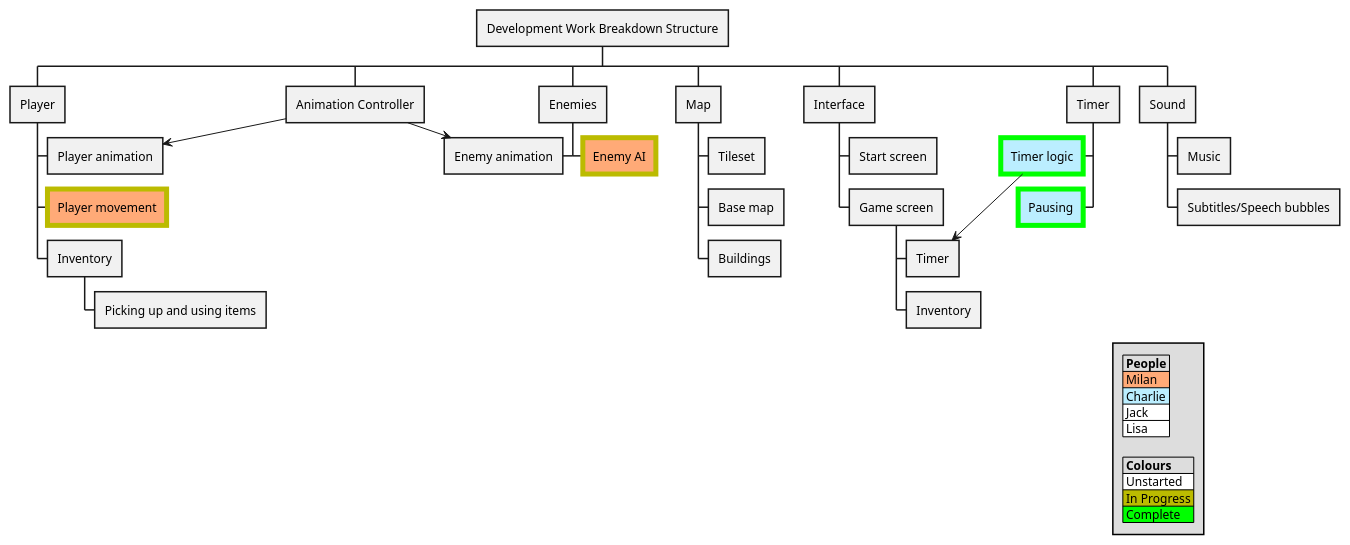
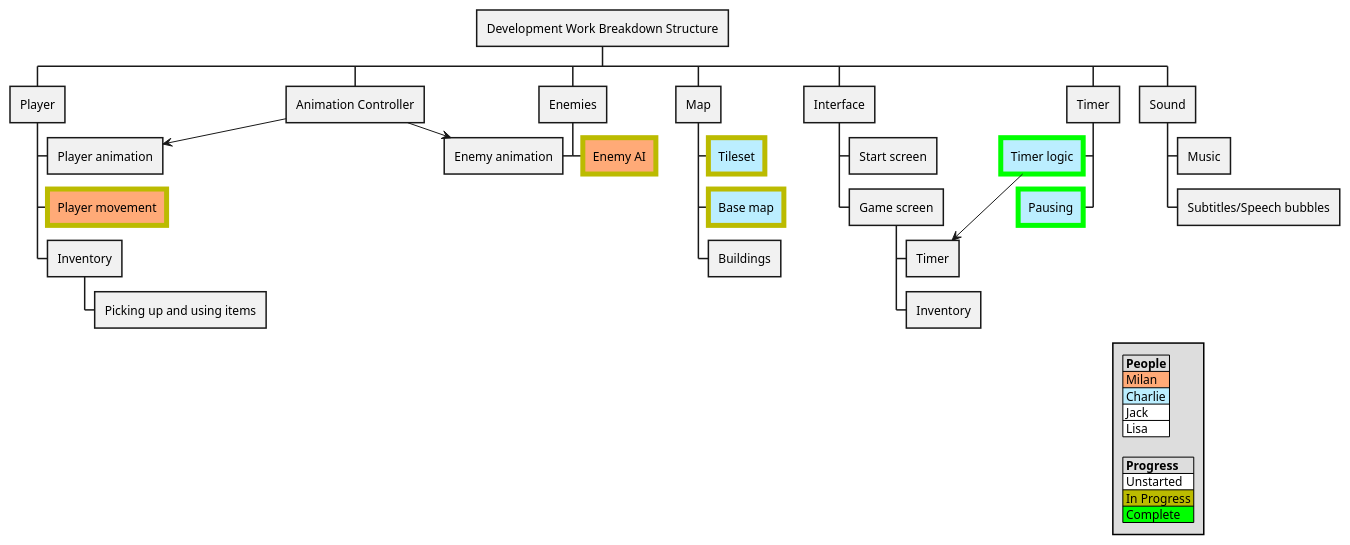
The diagram in charts/test.puml (Abdul-018/CallOfGoosulhu), drawn with PlantUML before and after one commit.

Commit message:
Assigned map tasks to Charlie

```diff
--- a/charts/test.puml
+++ b/charts/test.puml
@@ -1,103 +1,103 @@
 @startwbs
 <style>
 ' Milan
 .milan {
   BackgroundColor #ffaa77;
 }
 .milan_prog {
   BackgroundColor #ffaa77;
   LineColor #BBBB00;
   LineThickness 5.0
 }
 .milan_done {
   BackgroundColor #ffaa77;
   LineColor #00FF00;
   LineThickness 5.0
 }
 ' Charlie
 .charlie {
   BackgroundColor #bbeeff;
 }
 .charlie_prog {
   BackgroundColor #bbeeff;
   LineColor #BBBB00;
   LineThickness 5.0
 }
 .charlie_done {
   BackgroundColor #bbeeff;
   LineColor #00FF00;
   LineThickness 5.0
 }
 ' Jack
 .jack {
   BackgroundColor #ffffff;
 }
 .jack_prog {
   BackgroundColor #ffffff;
   LineColor #BBBB00;
   LineThickness 5.0
 }
 .jack_done {
   BackgroundColor #ffffff;
   LineColor #00FF00;
   LineThickness 5.0
 }
 ' Lisa
 .lisa {
   BackgroundColor #ffffff;
 }
 .lisa_prog {
   BackgroundColor #ffffff;
   LineColor #BBBB00;
   LineThickness 5.0
 }
 .lisa_done {
   BackgroundColor #ffffff;
   LineColor #00FF00;
   LineThickness 5.0
 }
 
 </style>
 legend right
   |= People |
   |<#ffaa77> Milan |
   |<#bbeeff> Charlie |
   |<#ffffff> Jack |
   |<#ffffff> Lisa |
 
-  |= Colours |
+  |= Progress |
   |<#0000000> Unstarted |
   |<#BBBB00> In Progress |
   |<#00FF00> Complete |
 endlegend
 * Development Work Breakdown Structure
 ** Player
 *** "Player animation" as pAnim
 *** Player movement <<milan_prog>>
 *** Inventory
 **** Picking up and using items
 ** "Animation Controller" as anim
 ** Enemies
 ***< "Enemy animation" as eAnim
 *** Enemy AI <<milan_prog>>
 ** Map
-*** Tileset
-*** Base map
+*** Tileset <<charlie_prog>>
+*** Base map <<charlie_prog>>
 *** Buildings
 ** Interface
 *** Start screen
 *** Game screen
 **** "Timer" as timer_ui
 **** Inventory
 ** Timer
 ***< "Timer logic <<charlie_done>>" as timer_logic
 ***< Pausing <<charlie_done>>
 ** Sound
 *** Music
 *** Subtitles/Speech bubbles
 
 ' Arrows here
 anim -> pAnim
 anim -> eAnim
 timer_logic -> timer_ui
 @endwbs
```
